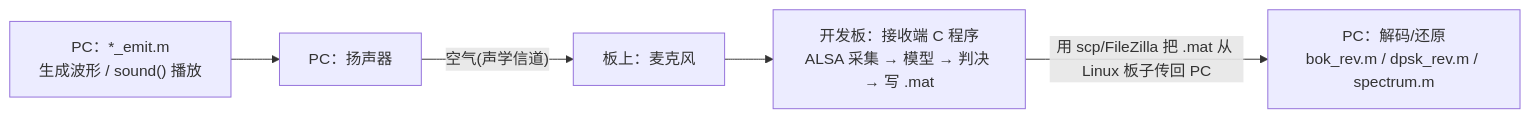
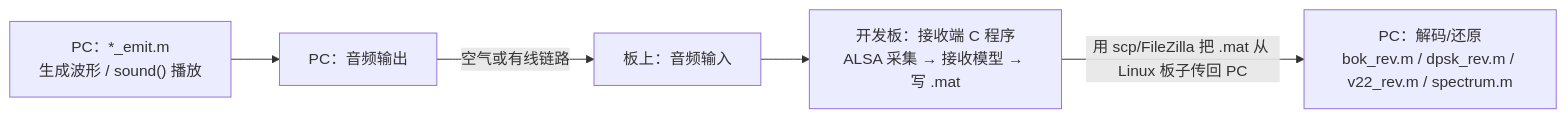
One commit to padhialuo0426/portable-acoustic-sdr changed the diagram in documents/README.md. Above: the diagram before and after it, drawn with Mermaid. The commit also changed other lines of this file and 28 other files, not shown here.

````diff
--- a/documents/README.md
+++ b/documents/README.md
@@ -33,11 +34,11 @@
 ```mermaid
 flowchart LR
     emit["PC：*_emit.m<br/>生成波形 / sound() 播放"]
-    spk["PC：扬声器"]
-    mic["板上：麦克风"]
-    rx["开发板：接收端 C 程序<br/>ALSA 采集 → 模型 → 判决 → 写 .mat"]
-    dec["PC：解码/还原<br/>bok_rev.m / dpsk_rev.m / spectrum.m"]
+    spk["PC：音频输出"]
+    mic["板上：音频输入"]
+    rx["开发板：接收端 C 程序<br/>ALSA 采集 → 接收模型 → 写 .mat"]
+    dec["PC：解码/还原<br/>bok_rev.m / dpsk_rev.m / v22_rev.m / spectrum.m"]
 
-    emit --> spk -->|"空气(声学信道)"| mic --> rx
+    emit --> spk -->|"空气或有线链路"| mic --> rx
     rx -->|"用 scp/FileZilla 把 .mat 从 Linux 板子传回 PC"| dec
 ```
````
